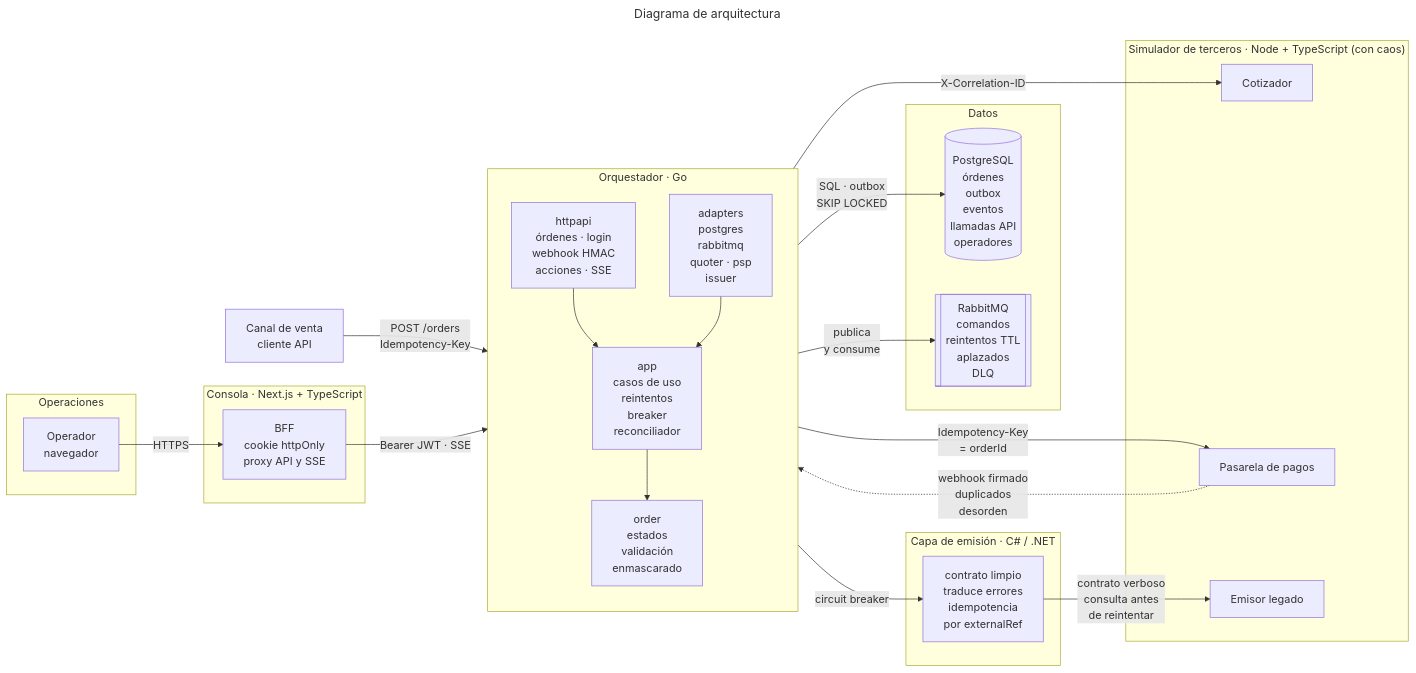
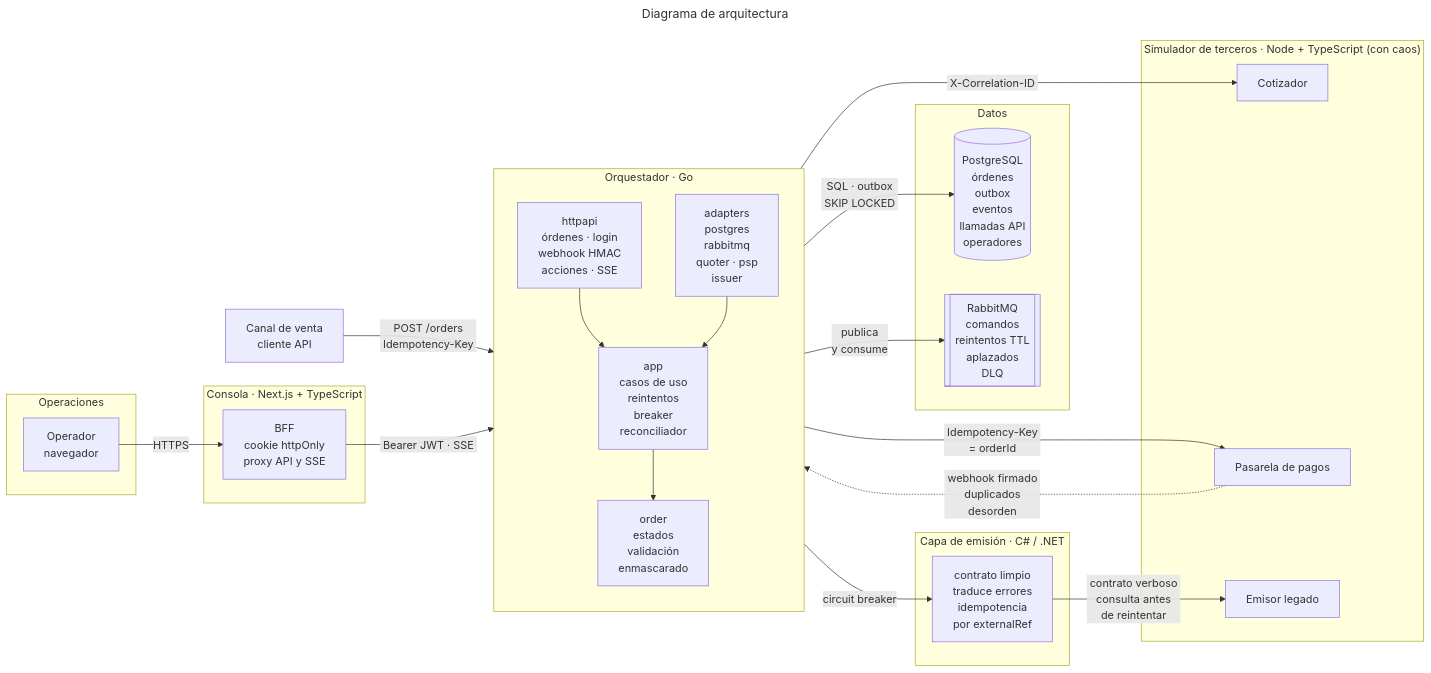
One commit to paopadp123/assessment-lider-tecnico changed the first of 2 diagrams in README.md. Above: the diagram before and after it, drawn with Mermaid.

Commit message:
docs(readme): agrega margen a las etiquetas de las flechas para que no se corte la primera letra

````diff
--- a/README.md
+++ b/README.md
@@ -45,40 +45,40 @@
 ```mermaid
 ---
 title: Diagrama de arquitectura
 ---
 flowchart LR
     subgraph Operaciones
         OP["Operador<br/>navegador"]
     end
     subgraph Console["Consola · Next.js + TypeScript"]
         BFF["BFF<br/>cookie httpOnly<br/>proxy API y SSE"]
     end
     subgraph Orch["Orquestador · Go"]
         direction TB
         H["httpapi<br/>órdenes · login<br/>webhook HMAC<br/>acciones · SSE"] --> APP["app<br/>casos de uso<br/>reintentos<br/>breaker<br/>reconciliador"]
         APP --> DOM["order<br/>estados<br/>validación<br/>enmascarado"]
         ADP["adapters<br/>postgres<br/>rabbitmq<br/>quoter · psp<br/>issuer"] --> APP
     end
     subgraph Datos
         PG[("PostgreSQL<br/>órdenes<br/>outbox<br/>eventos<br/>llamadas API<br/>operadores")]
         MQ[["RabbitMQ<br/>comandos<br/>reintentos TTL<br/>aplazados<br/>DLQ"]]
     end
     subgraph ACL["Capa de emisión · C# / .NET"]
         ISS["contrato limpio<br/>traduce errores<br/>idempotencia<br/>por externalRef"]
     end
     subgraph Terceros["Simulador de terceros · Node + TypeScript (con caos)"]
         Q["Cotizador"]
         PSP["Pasarela de pagos"]
         LEG["Emisor legado"]
     end
-    CLI["Canal de venta<br/>cliente API"] -- "POST /orders<br/>Idempotency-Key" --> H
+    CLI["Canal de venta<br/>cliente API"] -- "#nbsp;POST /orders#nbsp;<br/>#nbsp;Idempotency-Key#nbsp;" --> H
     OP -- "HTTPS" --> BFF
-    BFF -- "Bearer JWT · SSE" --> H
-    ADP -- "SQL · outbox<br/>SKIP LOCKED" --> PG
+    BFF -- "#nbsp;Bearer JWT · SSE#nbsp;" --> H
+    ADP -- "#nbsp;SQL · outbox#nbsp;<br/>#nbsp;SKIP LOCKED#nbsp;" --> PG
     ADP -- "publica<br/>y consume" --> MQ
-    ADP -- "X-Correlation-ID" --> Q
-    ADP -- "Idempotency-Key<br/>= orderId" --> PSP
-    PSP -. "webhook firmado<br/>duplicados<br/>desorden" .-> H
+    ADP -- "#nbsp;X-Correlation-ID#nbsp;" --> Q
+    ADP -- "#nbsp;Idempotency-Key#nbsp;<br/>#nbsp;= orderId#nbsp;" --> PSP
+    PSP -. "#nbsp;webhook firmado#nbsp;<br/>#nbsp;duplicados#nbsp;<br/>#nbsp;desorden#nbsp;" .-> H
     ADP -- "circuit breaker" --> ISS
-    ISS -- "contrato verboso<br/>consulta antes<br/>de reintentar" --> LEG
+    ISS -- "#nbsp;contrato verboso#nbsp;<br/>#nbsp;consulta antes#nbsp;<br/>#nbsp;de reintentar#nbsp;" --> LEG
 ```
````
